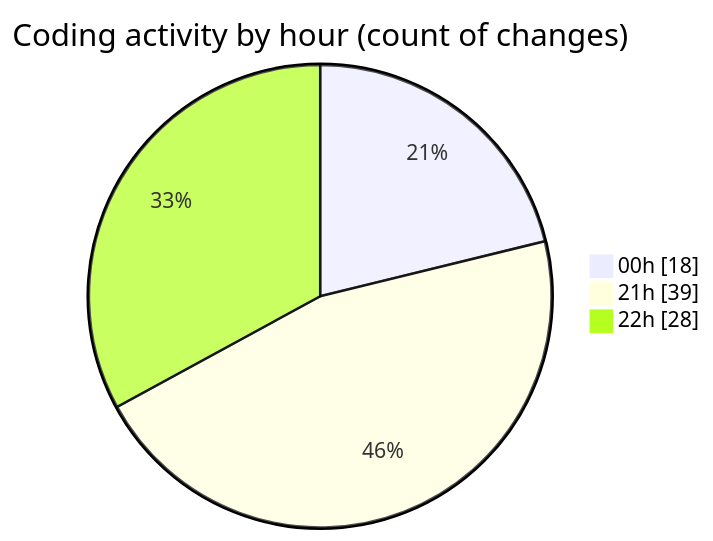
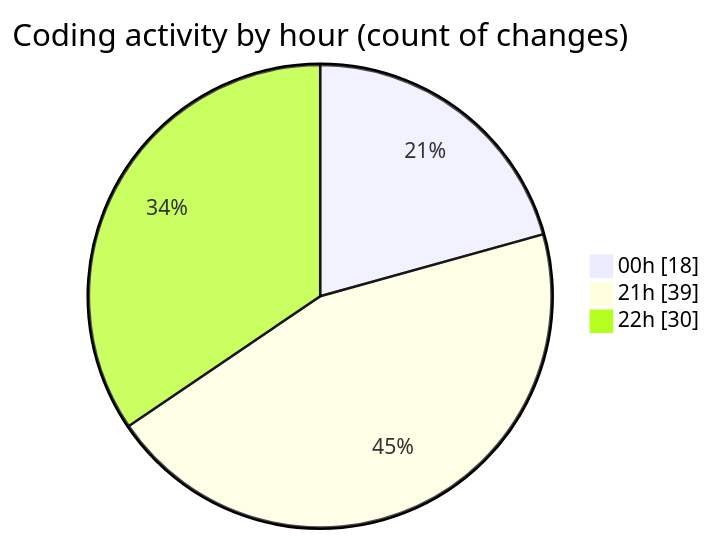
The second of 2 diagrams in 2025-04-23/echo/README.md (Netris89/code-tracking), drawn with Mermaid before and after one commit. The commit also changed other lines of this file and 1 other file, not shown here.

````diff
--- a/2025-04-23/echo/README.md
+++ b/2025-04-23/echo/README.md
@@ -32,7 +32,7 @@
 ```mermaid
 pie showData
 title Coding activity by hour (count of changes)
 "00h" : 18
 "21h" : 39
-"22h" : 28
+"22h" : 30
 ```
````
